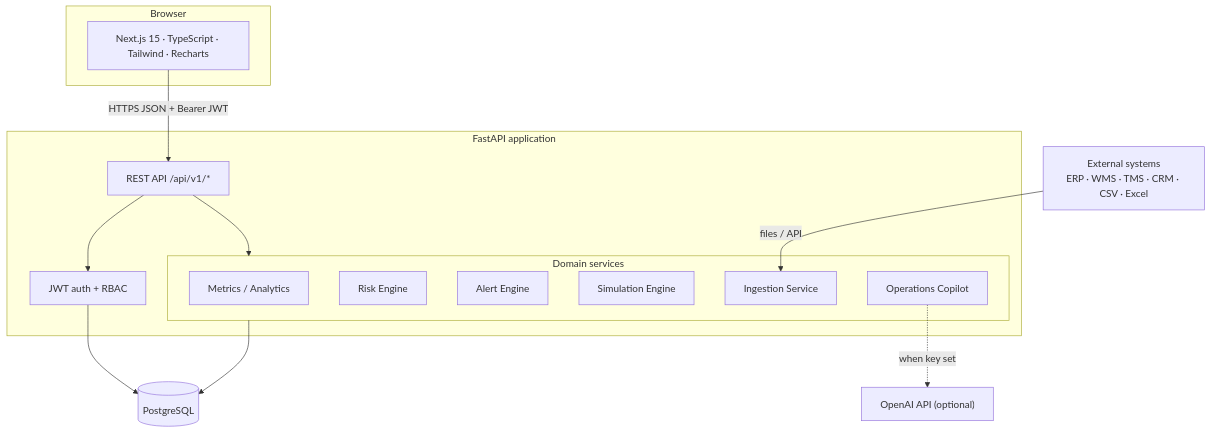
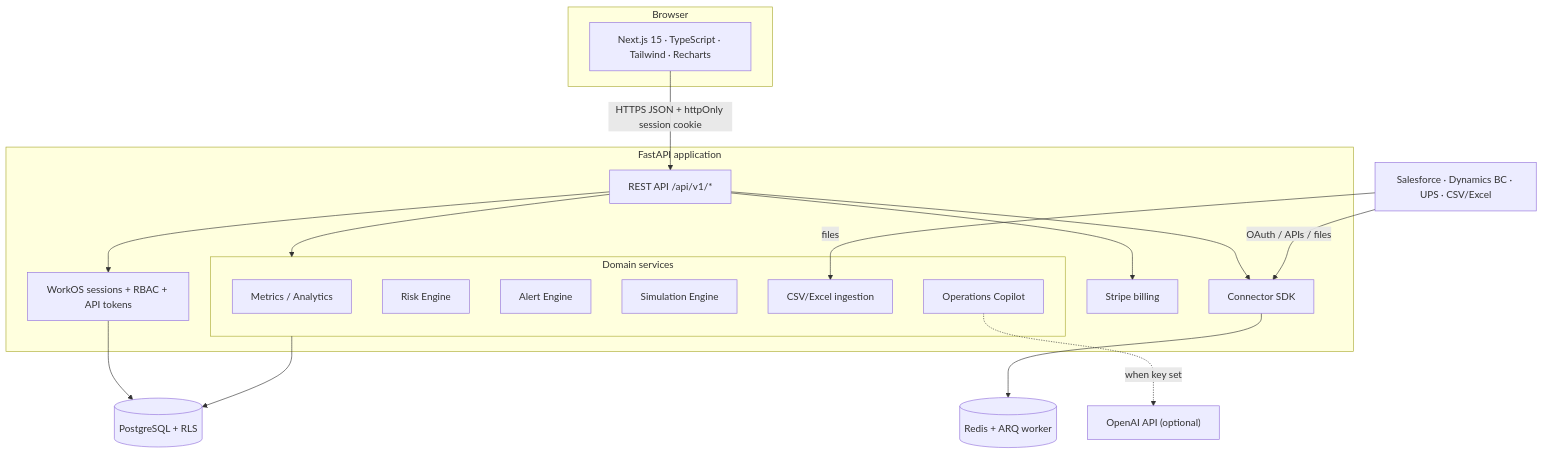
One commit to arydub-dev/Atlasops changed the diagram in README.md. Above: the diagram before and after it, drawn with Mermaid. The commit also changed other lines of this file and 352 other files, not shown here.

````diff
--- a/README.md
+++ b/README.md
@@ -116,31 +120,38 @@
 ```mermaid
 flowchart TB
     subgraph Client["Browser"]
         UI["Next.js 15 · TypeScript · Tailwind · Recharts"]
     end
 
     subgraph Backend["FastAPI application"]
         API["REST API /api/v1/*"]
-        AUTH["JWT auth + RBAC"]
+        AUTH["WorkOS sessions + RBAC + API tokens"]
+        BILL["Stripe billing"]
+        CONN["Connector SDK"]
         subgraph Services["Domain services"]
             MET["Metrics / Analytics"]
             RISK["Risk Engine"]
             ALERT["Alert Engine"]
             SIM["Simulation Engine"]
-            ING["Ingestion Service"]
+            ING["CSV/Excel ingestion"]
             AI["Operations Copilot"]
         end
     end
 
-    DB[("PostgreSQL")]
+    DB[("PostgreSQL + RLS")]
+    REDIS[("Redis + ARQ worker")]
     OPENAI["OpenAI API (optional)"]
-    EXT["External systems<br/>ERP · WMS · TMS · CRM · CSV · Excel"]
+    EXT["Salesforce · Dynamics BC · UPS · CSV/Excel"]
 
-    UI -->|HTTPS JSON + Bearer JWT| API
+    UI -->|HTTPS JSON + httpOnly session cookie| API
     API --> AUTH
+    API --> BILL
+    API --> CONN
     API --> Services
     Services --> DB
     AUTH --> DB
-    EXT -->|files / API| ING
+    CONN --> REDIS
+    EXT -->|OAuth / APIs / files| CONN
+    EXT -->|files| ING
     AI -.->|when key set| OPENAI
 ```
````
